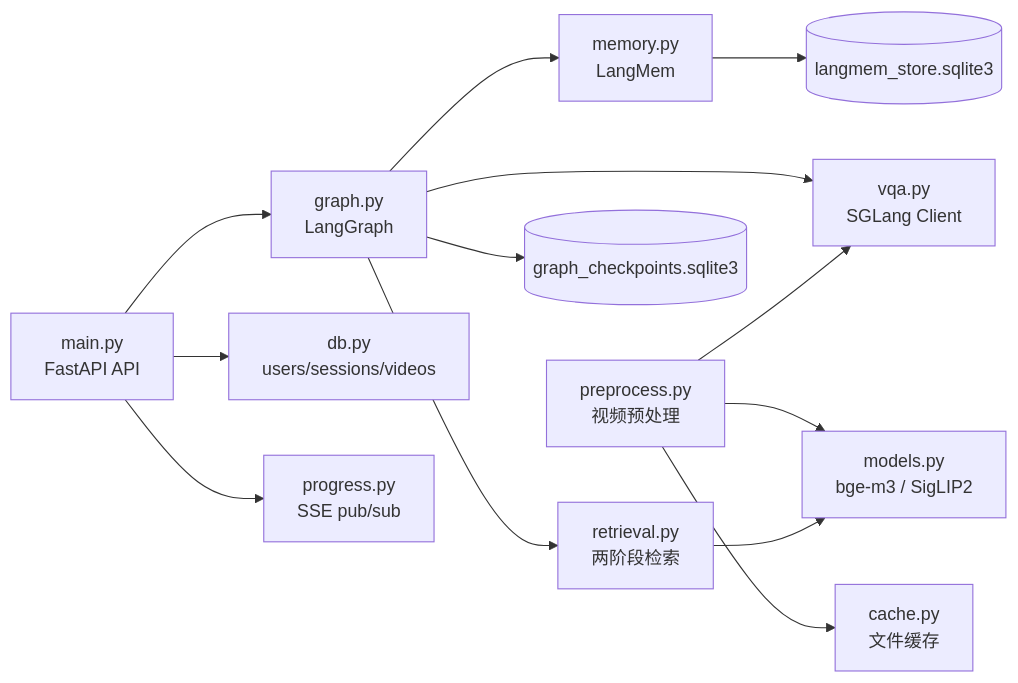
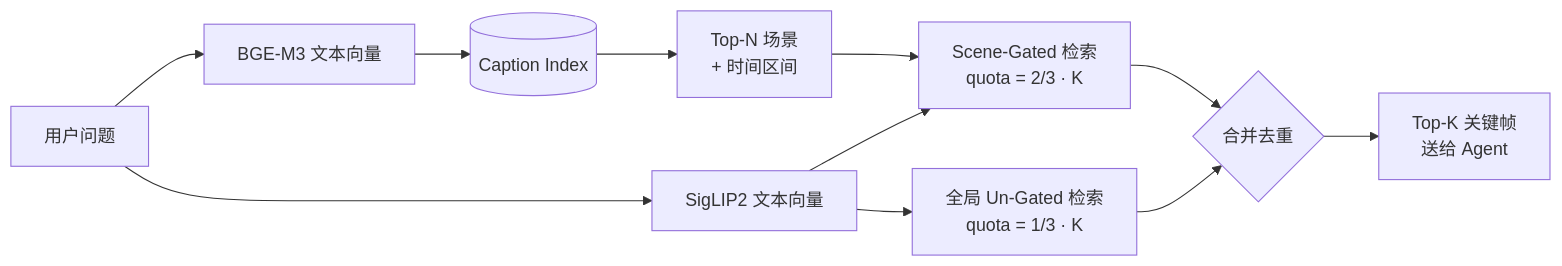
One commit to MichaelSou1/reading-not-reasoning changed the third of 5 diagrams in README.md. Above: the diagram before and after it, drawn with Mermaid. The commit also changed other lines of this file and 16 other files, not shown here.

````diff
--- a/README.md
+++ b/README.md
@@ -172,15 +104,13 @@
 ```mermaid
 flowchart LR
-    MAIN[main.py<br/>FastAPI API] --> GRAPH[graph.py<br/>LangGraph]
-    GRAPH --> RET[retrieval.py<br/>两阶段检索]
-    GRAPH --> VQA[vqa.py<br/>SGLang Client]
-    GRAPH --> MEM[memory.py<br/>LangMem]
-    MEM --> LMSTORE[(langmem_store.sqlite3)]
-    GRAPH --> CKPT[(graph_checkpoints.sqlite3)]
-    MAIN --> DB[db.py<br/>users/sessions/videos]
-    MAIN --> PROG[progress.py<br/>SSE pub/sub]
-    PRE[preprocess.py<br/>视频预处理] --> CACHE[cache.py<br/>文件缓存]
-    PRE --> VQA
-    PRE --> MOD[models.py<br/>bge-m3 / SigLIP2]
-    RET --> MOD
+    Q[用户问题] --> BGEQ[BGE-M3 文本向量]
+    BGEQ --> CIDX[(Caption Index)]
+    CIDX --> SCENES[Top-N 场景<br/>+ 时间区间]
+    Q --> SIGQ[SigLIP2 文本向量]
+    SIGQ --> SCENED[Scene-Gated 检索<br/>quota = 2/3 · K]
+    SIGQ --> GLOBAL[全局 Un-Gated 检索<br/>quota = 1/3 · K]
+    SCENES --> SCENED
+    SCENED --> MERGE{合并去重}
+    GLOBAL --> MERGE
+    MERGE --> TOPK[Top-K 关键帧<br/>送给 Agent]
 ```
````
